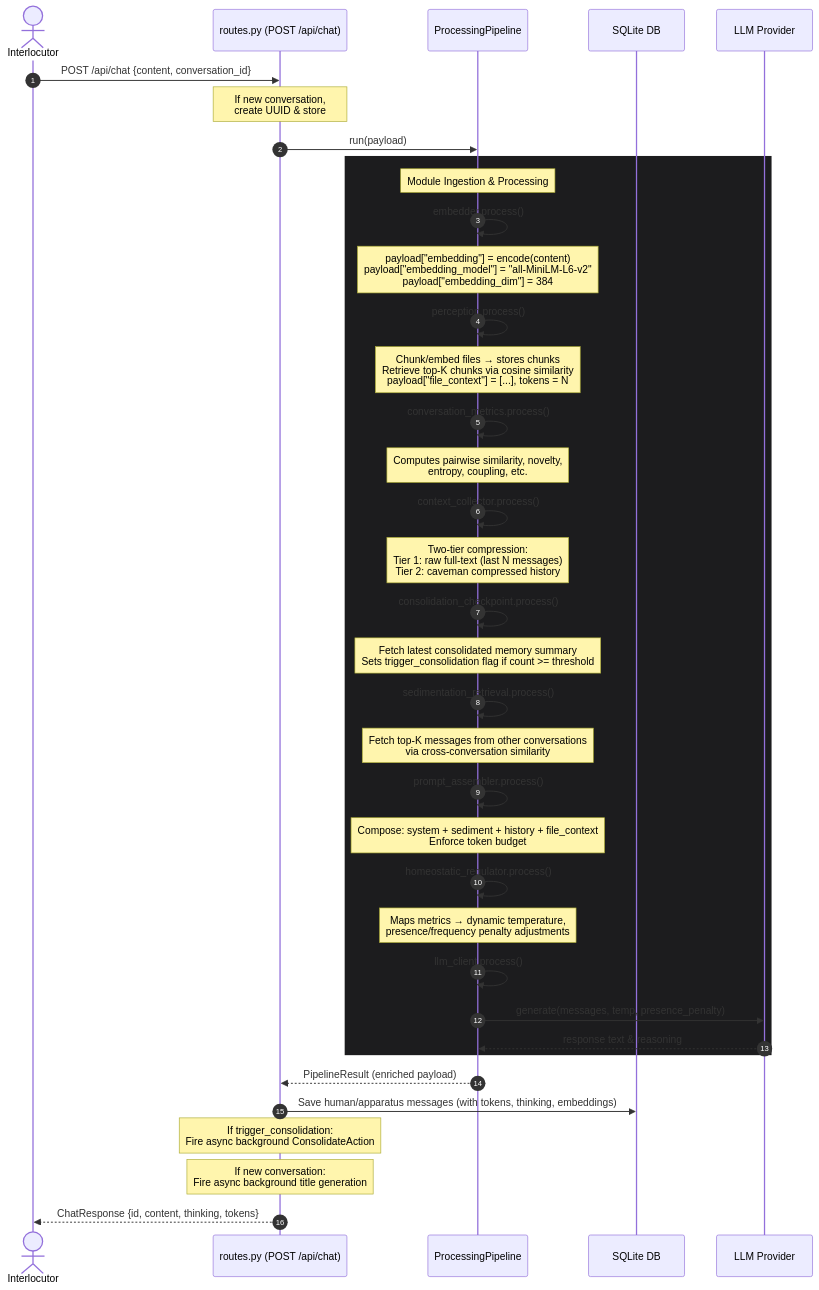
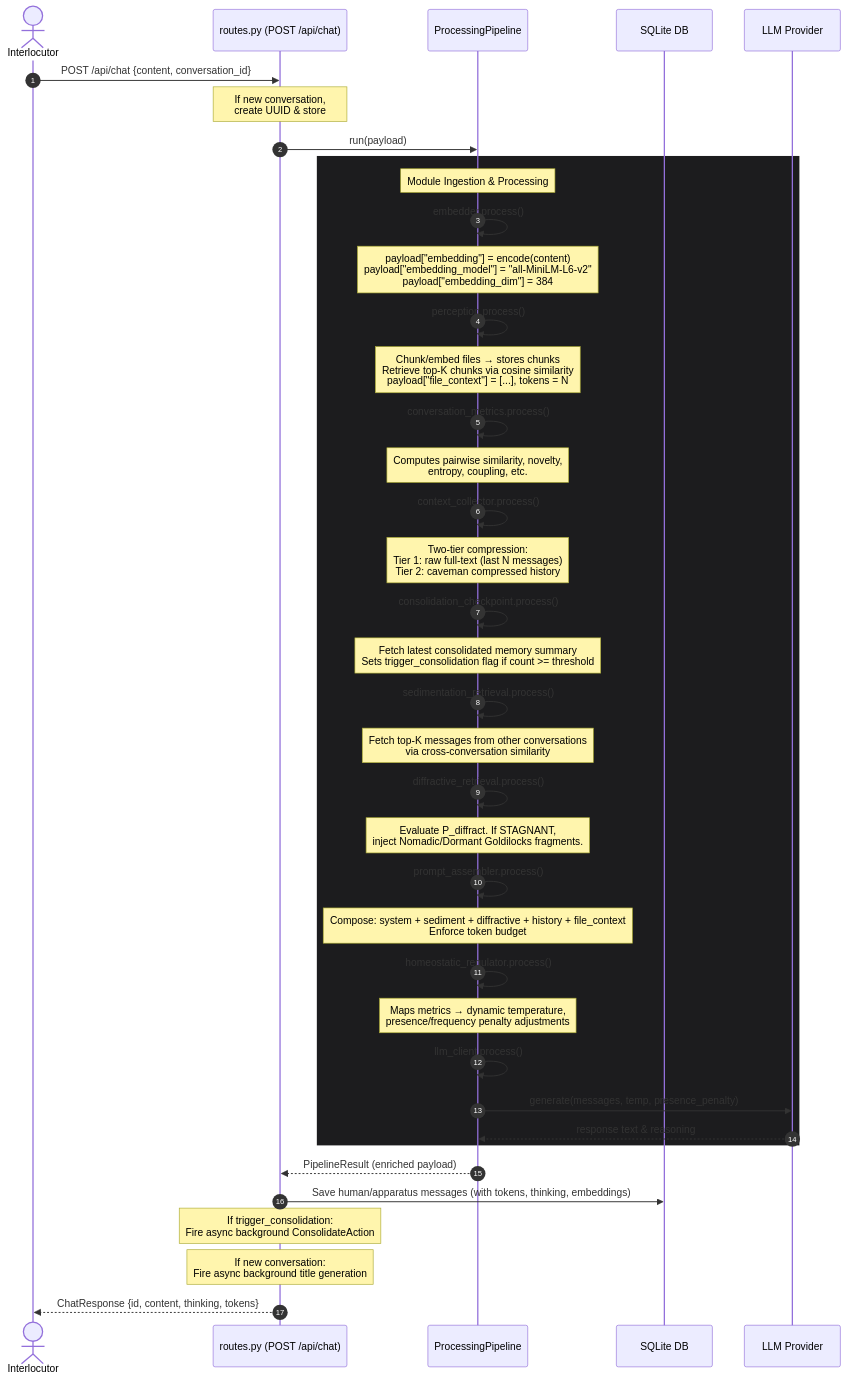
The second of 5 diagrams in docs/ARCHITECTURE.md (sympoietic-systems/AAA), drawn with Mermaid before and after one commit. The commit also changed other lines of this file and 17 other files, not shown here.

Commit message:
feat: implement diffractive retrieval module to mitigate conversational stagnation via dynamic lateral context injection and real-time telemetry

````diff
--- a/docs/ARCHITECTURE.md
+++ b/docs/ARCHITECTURE.md
@@ -49,52 +49,55 @@
 ```mermaid
 sequenceDiagram
     autonumber
     actor Interlocutor
     participant API as routes.py (POST /api/chat)
     participant Pipeline as ProcessingPipeline
     participant DB as SQLite DB
     participant LLM as LLM Provider
 
     Interlocutor->>API: POST /api/chat {content, conversation_id}
     Note over API: If new conversation,<br/>create UUID & store
     API->>Pipeline: run(payload)
     
     rect rgb(28, 28, 30)
         Note over Pipeline: Module Ingestion & Processing
         Pipeline->>Pipeline: embedder.process()
         Note over Pipeline: payload["embedding"] = encode(content)<br/>payload["embedding_model"] = "all-MiniLM-L6-v2"<br/>payload["embedding_dim"] = 384
         
         Pipeline->>Pipeline: perception.process()
         Note over Pipeline: Chunk/embed files → stores chunks<br/>Retrieve top-K chunks via cosine similarity<br/>payload["file_context"] = [...], tokens = N
         
         Pipeline->>Pipeline: conversation_metrics.process()
         Note over Pipeline: Computes pairwise similarity, novelty,<br/>entropy, coupling, etc.
         
         Pipeline->>Pipeline: context_collector.process()
         Note over Pipeline: Two-tier compression:<br/>Tier 1: raw full-text (last N messages)<br/>Tier 2: caveman compressed history
         
         Pipeline->>Pipeline: consolidation_checkpoint.process()
         Note over Pipeline: Fetch latest consolidated memory summary<br/>Sets trigger_consolidation flag if count >= threshold
         
         Pipeline->>Pipeline: sedimentation_retrieval.process()
         Note over Pipeline: Fetch top-K messages from other conversations<br/>via cross-conversation similarity
         
+        Pipeline->>Pipeline: diffractive_retrieval.process()
+        Note over Pipeline: Evaluate P_diffract. If STAGNANT,<br/>inject Nomadic/Dormant Goldilocks fragments.
+        
         Pipeline->>Pipeline: prompt_assembler.process()
-        Note over Pipeline: Compose: system + sediment + history + file_context<br/>Enforce token budget
+        Note over Pipeline: Compose: system + sediment + diffractive + history + file_context<br/>Enforce token budget
         
         Pipeline->>Pipeline: homeostatic_regulator.process()
         Note over Pipeline: Maps metrics → dynamic temperature,<br/>presence/frequency penalty adjustments
         
         Pipeline->>Pipeline: llm_client.process()
         Pipeline->>LLM: generate(messages, temp, presence_penalty)
         LLM-->>Pipeline: response text & reasoning
     end
     
     Pipeline-->>API: PipelineResult (enriched payload)
     
     API->>DB: Save human/apparatus messages (with tokens, thinking, embeddings)
     Note over API: If trigger_consolidation:<br/>Fire async background ConsolidateAction
     Note over API: If new conversation:<br/>Fire async background title generation
     
     API-->>Interlocutor: ChatResponse {id, content, thinking, tokens}
 ```
````
